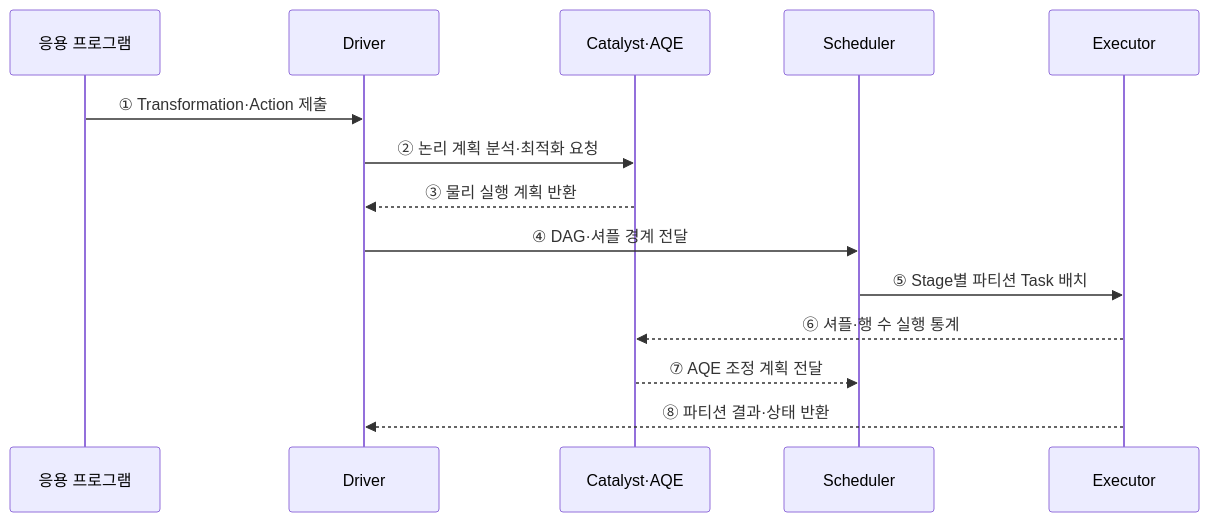
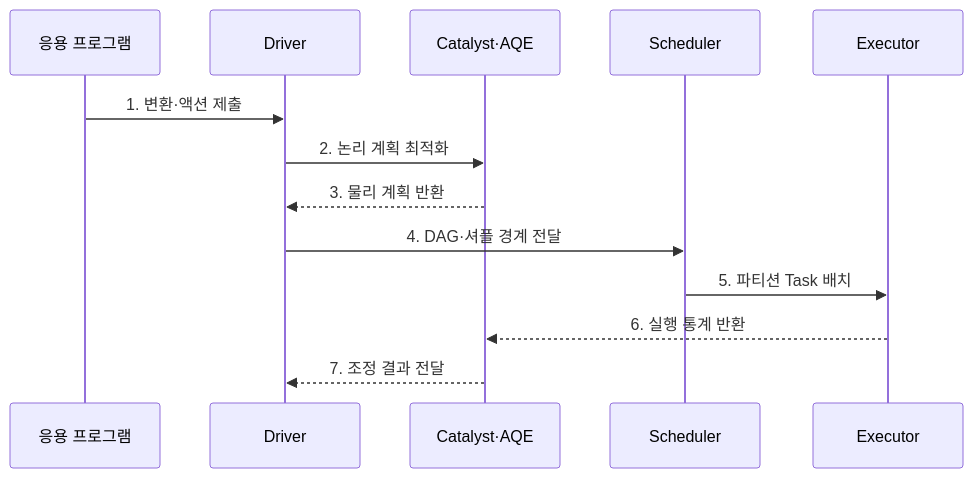
Before and after one commit to agnusdei1207/knowledge-base: the second of 2 diagrams in src/content/docs/notes/03-software/117_apache_spark.md, drawn with Mermaid. The commit also changed other lines of this file and 20 other files, not shown here.

````diff
--- a/src/content/docs/notes/03-software/117_apache_spark.md
+++ b/src/content/docs/notes/03-software/117_apache_spark.md
@@ -89,16 +91,15 @@
 ```mermaid
 sequenceDiagram
     participant U as 응용 프로그램
     participant D as Driver
     participant C as Catalyst·AQE
     participant S as Scheduler
     participant E as Executor
-    U->>D: ① Transformation·Action 제출
-    D->>C: ② 논리 계획 분석·최적화 요청
-    C-->>D: ③ 물리 실행 계획 반환
-    D->>S: ④ DAG·셔플 경계 전달
-    S->>E: ⑤ Stage별 파티션 Task 배치
-    E-->>C: ⑥ 셔플·행 수 실행 통계
-    C-->>S: ⑦ AQE 조정 계획 전달
-    E-->>D: ⑧ 파티션 결과·상태 반환
+    U->>D: 1. 변환·액션 제출
+    D->>C: 2. 논리 계획 최적화
+    C-->>D: 3. 물리 계획 반환
+    D->>S: 4. DAG·셔플 경계 전달
+    S->>E: 5. 파티션 Task 배치
+    E-->>C: 6. 실행 통계 반환
+    C-->>D: 7. 조정 결과 전달
 ```
````
